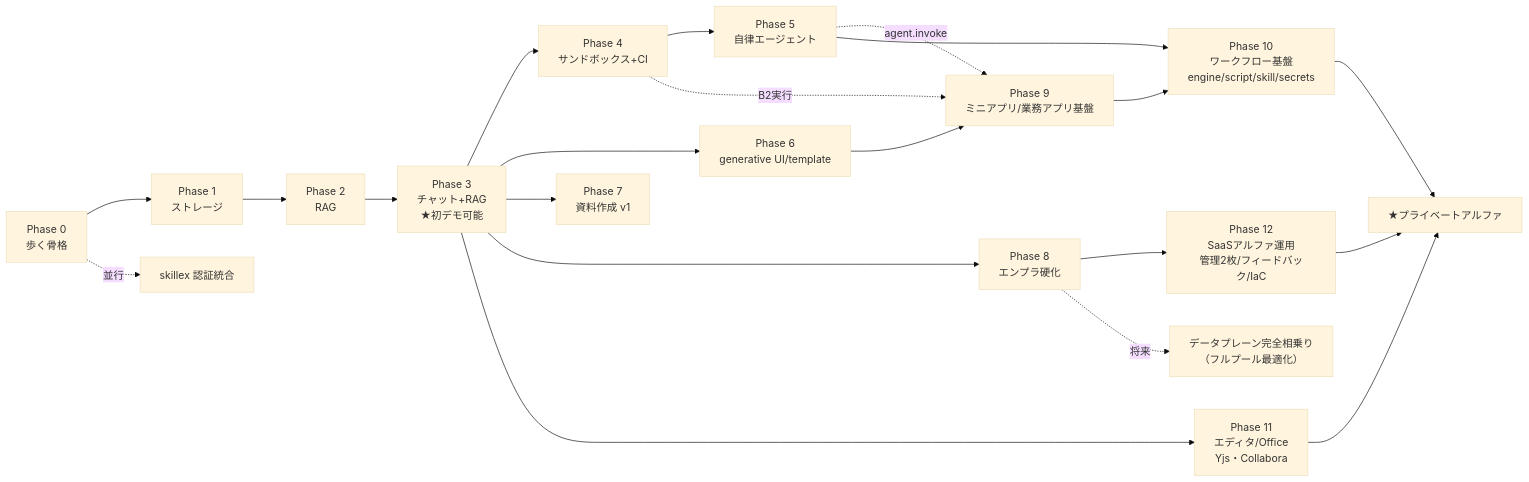
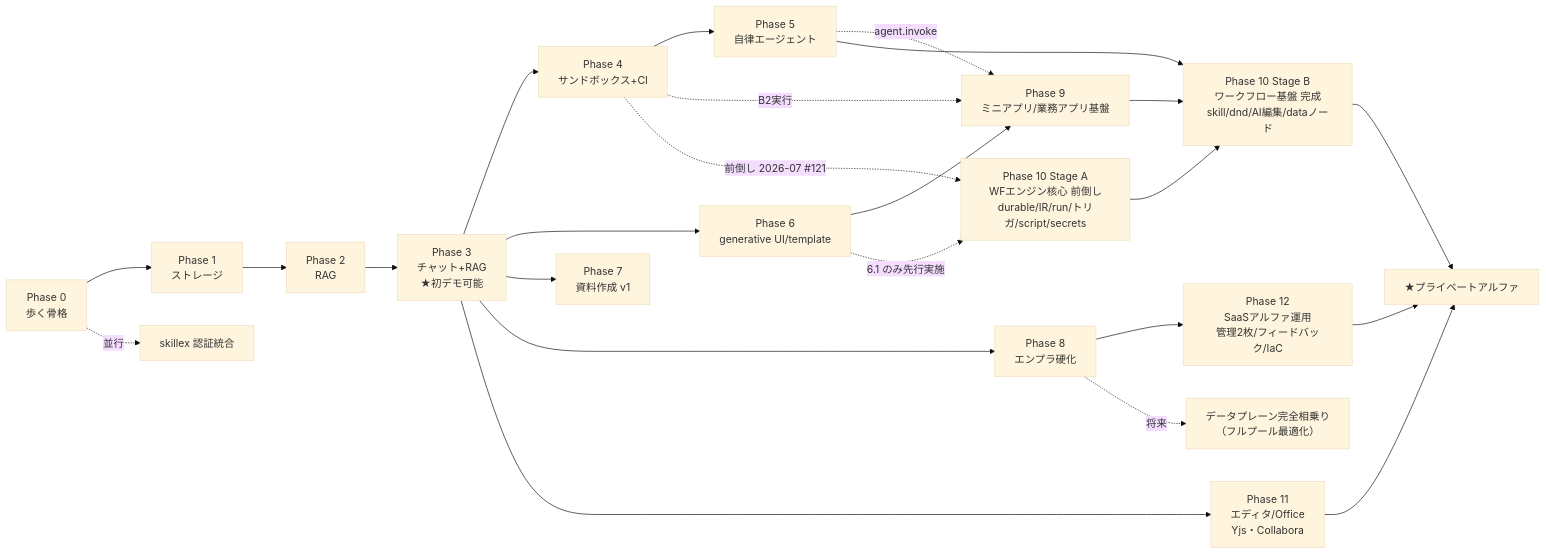
One commit to imanect-labs/shiki-platform changed the diagram in docs/roadmap.md. Above: the diagram before and after it, drawn with Mermaid (base theme). The commit also changed other lines of this file and 3 other files, not shown here.

First line of the commit message:
docs(roadmap): Phase 10 を Stage A/B に分割しエンジン核心を部分前倒し（#121）

````diff
--- a/docs/roadmap.md
+++ b/docs/roadmap.md
@@ -18,23 +18,26 @@
 ```mermaid
 flowchart LR
   P0["Phase 0<br/>歩く骨格"] --> P1["Phase 1<br/>ストレージ"]
   P1 --> P2["Phase 2<br/>RAG"]
   P2 --> P3["Phase 3<br/>チャット+RAG<br/>★初デモ可能"]
   P3 --> P4["Phase 4<br/>サンドボックス+CI"]
   P4 --> P5["Phase 5<br/>自律エージェント"]
   P3 --> P6["Phase 6<br/>generative UI/template"]
   P6 --> P9["Phase 9<br/>ミニアプリ/業務アプリ基盤"]
   P4 -.->|B2実行| P9
   P5 -.->|agent.invoke| P9
   P3 --> P7["Phase 7<br/>資料作成 v1"]
   P3 --> P8["Phase 8<br/>エンプラ硬化"]
-  P5 --> P10["Phase 10<br/>ワークフロー基盤<br/>engine/script/skill/secrets"]
+  P4 -.->|前倒し 2026-07 #121| P10A["Phase 10 Stage A<br/>WFエンジン核心 前倒し<br/>durable/IR/run/トリガ/script/secrets"]
+  P6 -.->|6.1 のみ先行実施| P10A
+  P10A --> P10["Phase 10 Stage B<br/>ワークフロー基盤 完成<br/>skill/dnd/AI編集/dataノード"]
+  P5 --> P10
   P9 --> P10
   P3 --> P11["Phase 11<br/>エディタ/Office<br/>Yjs・Collabora"]
   P8 --> P12["Phase 12<br/>SaaSアルファ運用<br/>管理2枚/フィードバック/IaC"]
   P10 --> ALPHA["★プライベートアルファ"]
   P11 --> ALPHA
   P12 --> ALPHA
   P0 -.->|並行| SK["skillex 認証統合"]
   P8 -.->|将来| FULLPOOL["データプレーン完全相乗り<br/>（フルプール最適化）"]
 ```
````
